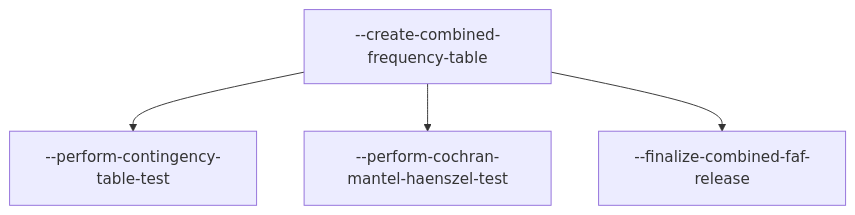
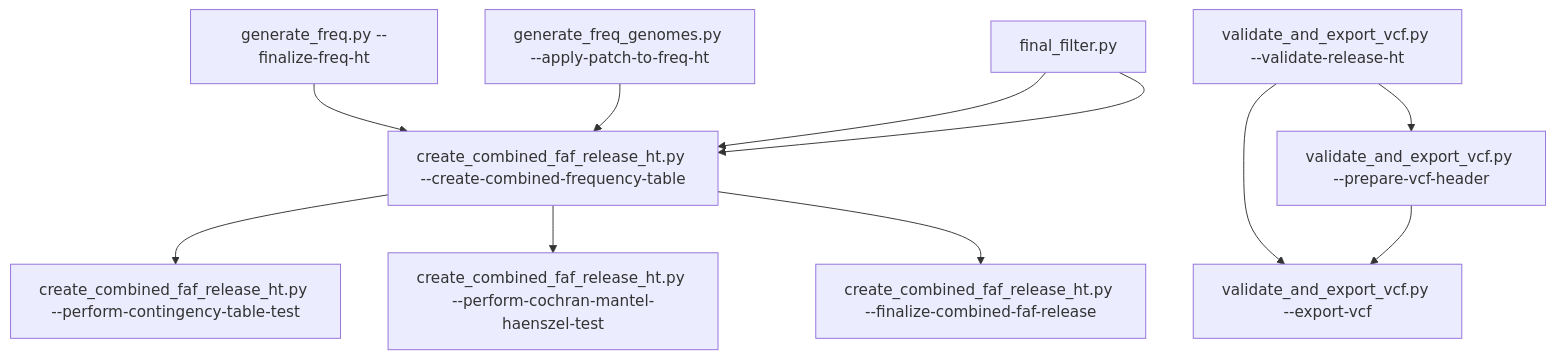
The fifth of 34 diagrams in test_flowchart.md (broadinstitute/gnomad_qc), drawn with Mermaid before and after one commit. The commit also changed other lines of this file, not shown here.

Commit message:
Add overview and test links

````diff
--- a/test_flowchart.md
+++ b/test_flowchart.md
@@ -58,6 +82,13 @@
 ```mermaid
 flowchart TD;
-  create-combined-frequency-table["--create-combined-frequency-table"] --> perform-contingency-table-test["--perform-contingency-table-test"];
-  create-combined-frequency-table["--create-combined-frequency-table"] --> perform-cochran-mantel-haenszel-test["--perform-cochran-mantel-haenszel-test"];
-  create-combined-frequency-table["--create-combined-frequency-table"] --> finalize-combined-faf-release["--finalize-combined-faf-release"];
+  finalize-freq-ht["generate_freq.py --finalize-freq-ht"] --> create-combined-frequency-table["create_combined_faf_release_ht.py --create-combined-frequency-table"];
+  apply-patch-to-freq-ht["generate_freq_genomes.py --apply-patch-to-freq-ht"] --> create-combined-frequency-table["create_combined_faf_release_ht.py --create-combined-frequency-table"];
+  final_filter.py["final_filter.py"] --> create-combined-frequency-table["create_combined_faf_release_ht.py --create-combined-frequency-table"];
+  final_filter.py["final_filter.py"] --> create-combined-frequency-table["create_combined_faf_release_ht.py --create-combined-frequency-table"];
+  create-combined-frequency-table["create_combined_faf_release_ht.py --create-combined-frequency-table"] --> perform-contingency-table-test["create_combined_faf_release_ht.py --perform-contingency-table-test"];
+  create-combined-frequency-table["create_combined_faf_release_ht.py --create-combined-frequency-table"] --> perform-cochran-mantel-haenszel-test["create_combined_faf_release_ht.py --perform-cochran-mantel-haenszel-test"];
+  create-combined-frequency-table["create_combined_faf_release_ht.py --create-combined-frequency-table"] --> finalize-combined-faf-release["create_combined_faf_release_ht.py --finalize-combined-faf-release"];
+  validate-release-ht["validate_and_export_vcf.py --validate-release-ht"] --> prepare-vcf-header["validate_and_export_vcf.py --prepare-vcf-header"];
+  validate-release-ht["validate_and_export_vcf.py --validate-release-ht"] --> export-vcf["validate_and_export_vcf.py --export-vcf"];
+  prepare-vcf-header["validate_and_export_vcf.py --prepare-vcf-header"] --> export-vcf["validate_and_export_vcf.py --export-vcf"];
 ```
````
